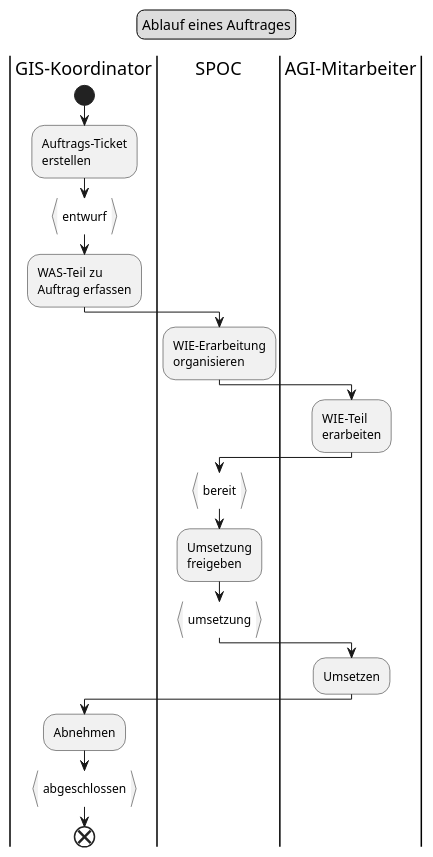
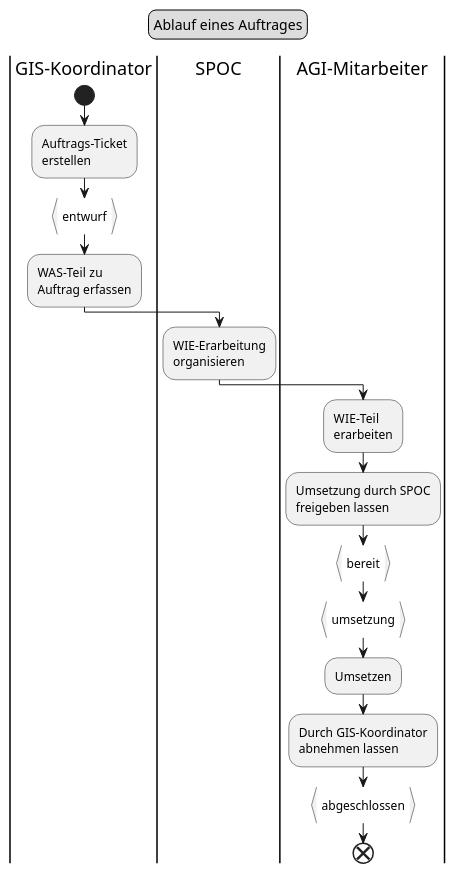
The diagram in dok/puml/src/flow_auftrag.puml (ojeker/docktick), drawn with PlantUML before and after one commit. The commit also changed 1 other file, not shown here.

Commit message:
simplified task flow

```diff
--- a/dok/puml/src/flow_auftrag.puml
+++ b/dok/puml/src/flow_auftrag.puml
@@ -1,30 +1,28 @@
 @startuml
 legend top
 	Ablauf eines Auftrages
 end legend
 
 |GIS-Koordinator|
 start
 :Auftrags-Ticket
 erstellen;
 :entwurf}
 :WAS-Teil zu
 Auftrag erfassen;
 |SPOC|
 :WIE-Erarbeitung
 organisieren;
 |AGI-Mitarbeiter|
 :WIE-Teil
 erarbeiten;
-|SPOC|
+:Umsetzung durch SPOC
+freigeben lassen;
 :bereit}
-:Umsetzung
-freigeben;
 :umsetzung}
-|AGI-Mitarbeiter|
 :Umsetzen;
-|GIS-Koordinator|
-:Abnehmen;
+:Durch GIS-Koordinator
+abnehmen lassen;
 :abgeschlossen}
 end
 @enduml
```
